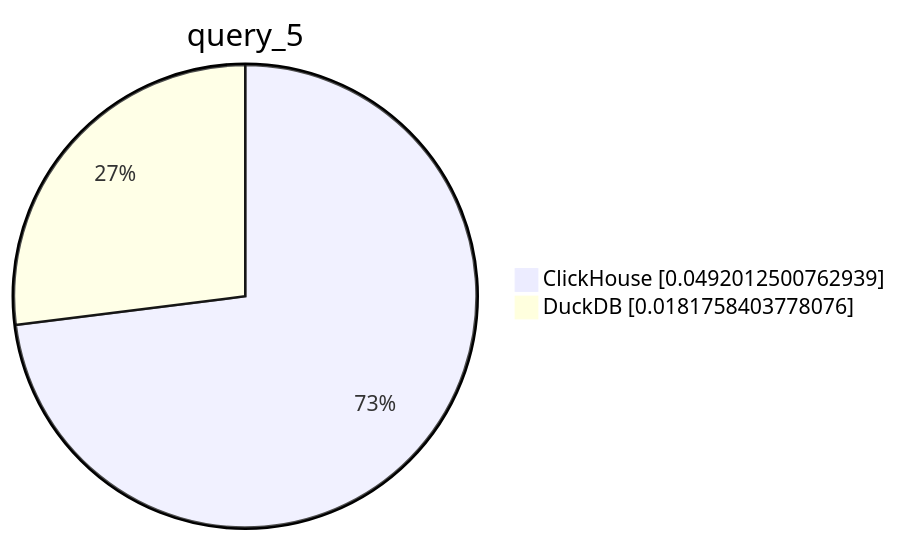
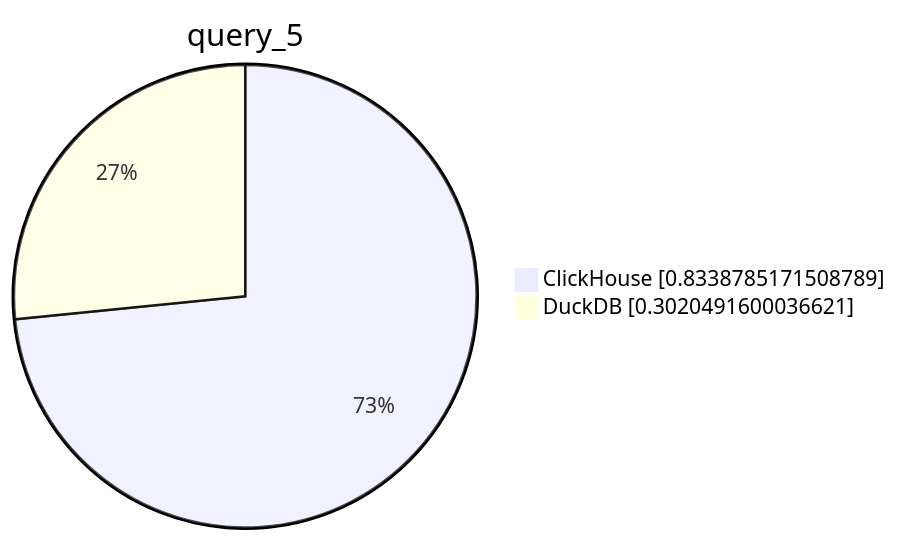
The sixth of 10 diagrams in parquet/performance/performance_reports/results.md (Altinity/clickhouse-regression), drawn with Mermaid before and after one commit. The commit also changed other lines of this file and 1 other file, not shown here.

````diff
--- a/parquet/performance/performance_reports/results.md
+++ b/parquet/performance/performance_reports/results.md
@@ -44,6 +44,6 @@
 ```mermaid
      pie showData
          title query_5
-         "ClickHouse" : 0.0492012500762939
-         "DuckDB" : 0.0181758403778076
+         "ClickHouse" : 0.8338785171508789
+         "DuckDB" : 0.3020491600036621
 ```
````
